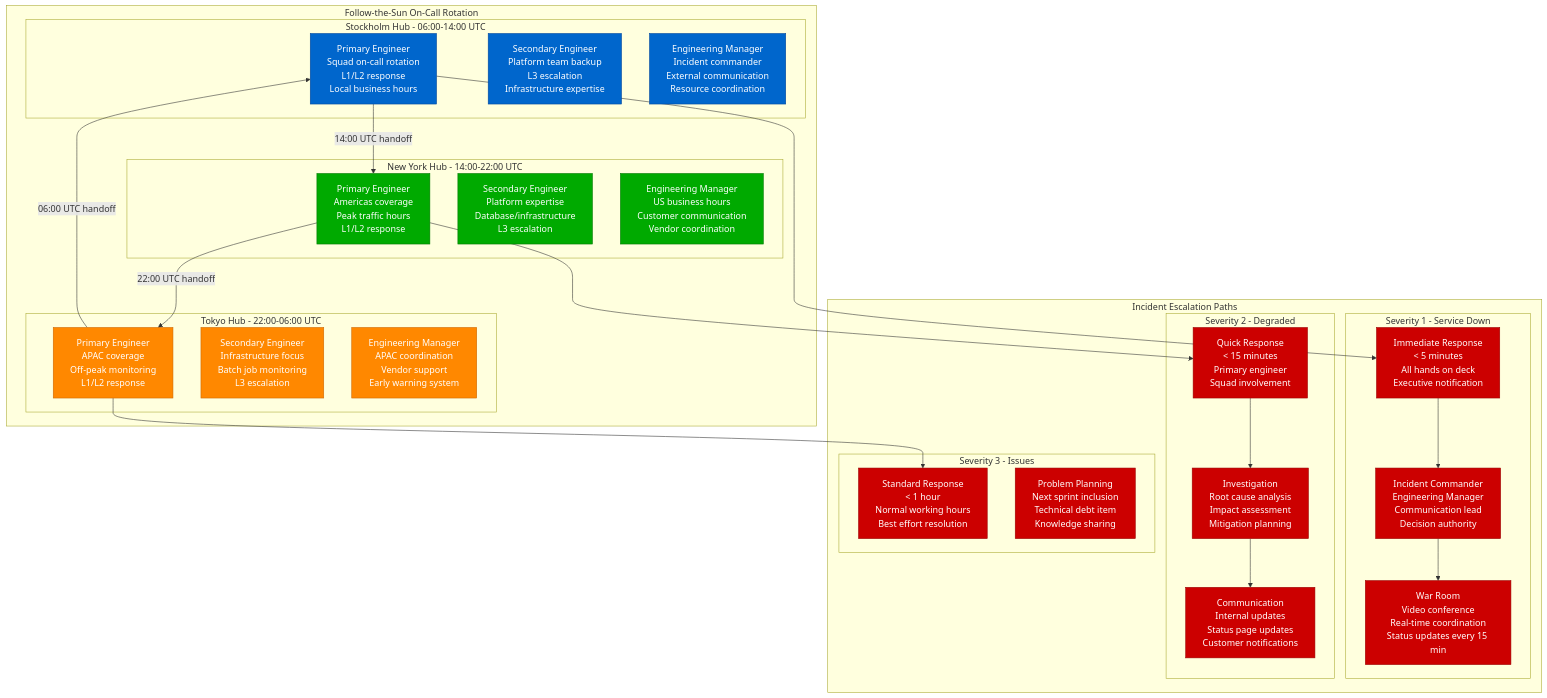
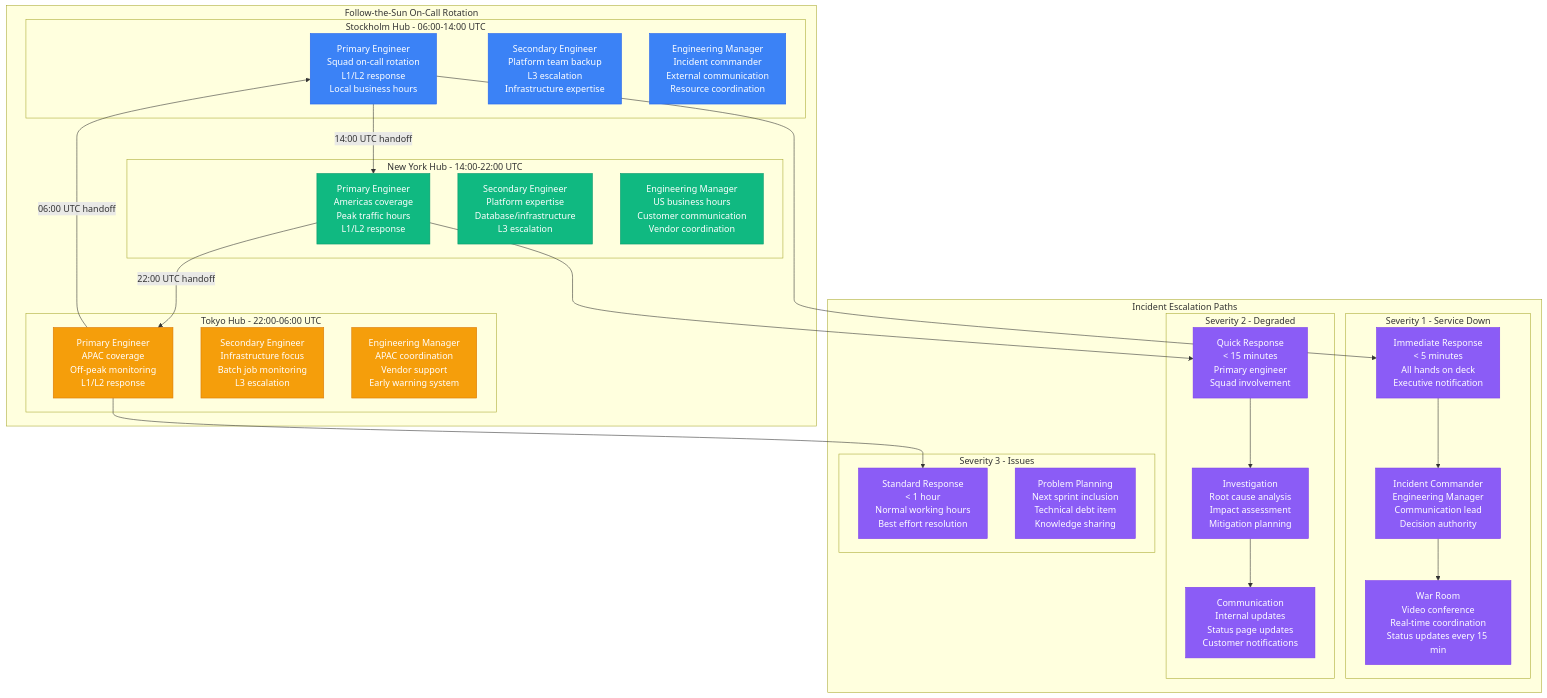
The third of 5 diagrams in site/docs/systems/spotify/production-operations.md (deepaucksharma/DS), drawn with Mermaid before and after one commit. The commit also changed other lines of this file and 303 other files, not shown here.

````diff
--- a/site/docs/systems/spotify/production-operations.md
+++ b/site/docs/systems/spotify/production-operations.md
@@ -189,77 +189,77 @@
 ```mermaid
 graph TB
     subgraph OnCallRotation[Follow-the-Sun On-Call Rotation]
         subgraph Stockholm[Stockholm Hub - 06:00-14:00 UTC]
             StockholmPrimary[Primary Engineer<br/>Squad on-call rotation<br/>L1/L2 response<br/>Local business hours]
 
             StockholmSecondary[Secondary Engineer<br/>Platform team backup<br/>L3 escalation<br/>Infrastructure expertise]
 
             StockholmManager[Engineering Manager<br/>Incident commander<br/>External communication<br/>Resource coordination]
         end
 
         subgraph NewYork[New York Hub - 14:00-22:00 UTC]
             NYPrimary[Primary Engineer<br/>Americas coverage<br/>Peak traffic hours<br/>L1/L2 response]
 
             NYSecondary[Secondary Engineer<br/>Platform expertise<br/>Database/infrastructure<br/>L3 escalation]
 
             NYManager[Engineering Manager<br/>US business hours<br/>Customer communication<br/>Vendor coordination]
         end
 
         subgraph Tokyo[Tokyo Hub - 22:00-06:00 UTC]
             TokyoPrimary[Primary Engineer<br/>APAC coverage<br/>Off-peak monitoring<br/>L1/L2 response]
 
             TokyoSecondary[Secondary Engineer<br/>Infrastructure focus<br/>Batch job monitoring<br/>L3 escalation]
 
             TokyoManager[Engineering Manager<br/>APAC coordination<br/>Vendor support<br/>Early warning system]
         end
     end
 
     subgraph EscalationPaths[Incident Escalation Paths]
         subgraph Severity1[Severity 1 - Service Down]
             S1Response[Immediate Response<br/>< 5 minutes<br/>All hands on deck<br/>Executive notification]
 
             S1Commander[Incident Commander<br/>Engineering Manager<br/>Communication lead<br/>Decision authority]
 
             S1WarRoom[War Room<br/>Video conference<br/>Real-time coordination<br/>Status updates every 15 min]
         end
 
         subgraph Severity2[Severity 2 - Degraded]
             S2Response[Quick Response<br/>< 15 minutes<br/>Primary engineer<br/>Squad involvement]
 
             S2Investigation[Investigation<br/>Root cause analysis<br/>Impact assessment<br/>Mitigation planning]
 
             S2Communication[Communication<br/>Internal updates<br/>Status page updates<br/>Customer notifications]
         end
 
         subgraph Severity3[Severity 3 - Issues]
             S3Response[Standard Response<br/>< 1 hour<br/>Normal working hours<br/>Best effort resolution]
 
             S3Planning[Problem Planning<br/>Next sprint inclusion<br/>Technical debt item<br/>Knowledge sharing]
         end
     end
 
     %% Handoff flows
     StockholmPrimary -->|14:00 UTC handoff| NYPrimary
     NYPrimary -->|22:00 UTC handoff| TokyoPrimary
     TokyoPrimary -->|06:00 UTC handoff| StockholmPrimary
 
     %% Escalation flows
     StockholmPrimary --> S1Response
     NYPrimary --> S2Response
     TokyoPrimary --> S3Response
 
     S1Response --> S1Commander
     S1Commander --> S1WarRoom
     S2Response --> S2Investigation
     S2Investigation --> S2Communication
 
-    classDef stockholmStyle fill:#0066CC,stroke:#004499,color:#fff
-    classDef nyStyle fill:#00AA00,stroke:#007700,color:#fff
-    classDef tokyoStyle fill:#FF8800,stroke:#CC6600,color:#fff
-    classDef escalationStyle fill:#CC0000,stroke:#990000,color:#fff
+    classDef stockholmStyle fill:#3B82F6,stroke:#2563EB,color:#fff
+    classDef nyStyle fill:#10B981,stroke:#059669,color:#fff
+    classDef tokyoStyle fill:#F59E0B,stroke:#D97706,color:#fff
+    classDef escalationStyle fill:#8B5CF6,stroke:#7C3AED,color:#fff
 
     class StockholmPrimary,StockholmSecondary,StockholmManager stockholmStyle
     class NYPrimary,NYSecondary,NYManager nyStyle
     class TokyoPrimary,TokyoSecondary,TokyoManager tokyoStyle
     class S1Response,S1Commander,S1WarRoom,S2Response,S2Investigation,S2Communication,S3Response,S3Planning escalationStyle
 ```
````
